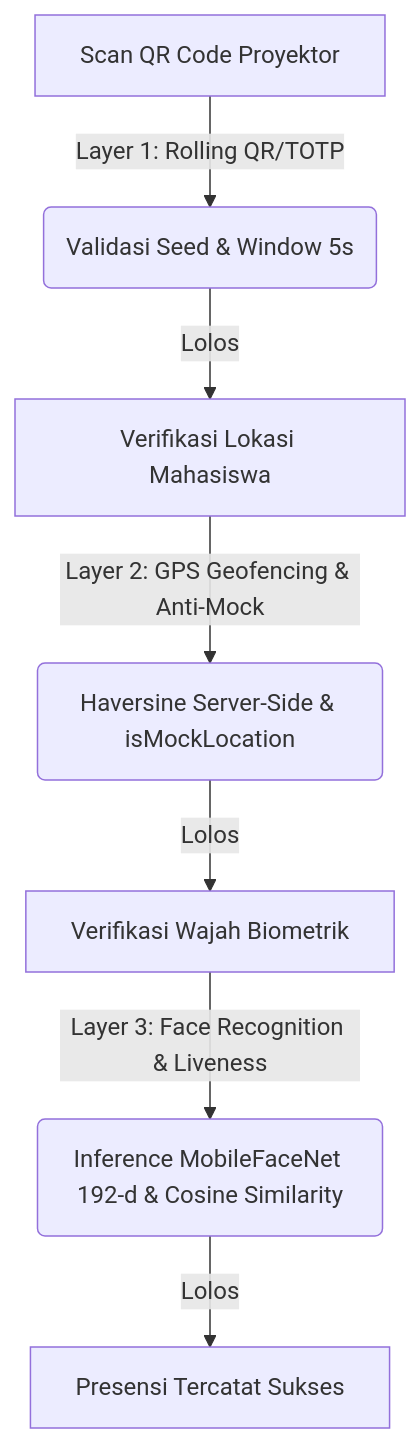
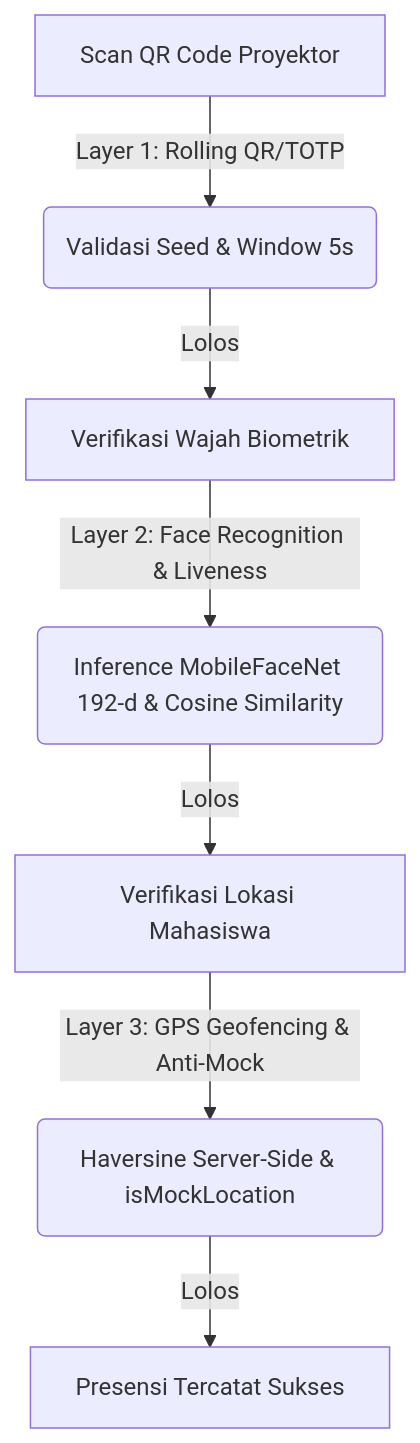
One commit to Tulus04/Projek-PBL-Semester-6 changed the diagram in README.md. Above: the diagram before and after it, drawn with Mermaid. The commit also changed other lines of this file, not shown here.

Commit message:
docs: perbaiki urutan alur verifikasi (QR -> Face -> GPS)

````diff
--- a/README.md
+++ b/README.md
@@ -20,9 +20,9 @@
 ```mermaid
 graph TD
     A[Scan QR Code Proyektor] -->|Layer 1: Rolling QR/TOTP| B(Validasi Seed & Window 5s)
-    B -->|Lolos| C[Verifikasi Lokasi Mahasiswa]
-    C -->|Layer 2: GPS Geofencing & Anti-Mock| D(Haversine Server-Side & isMockLocation)
-    D -->|Lolos| E[Verifikasi Wajah Biometrik]
-    E -->|Layer 3: Face Recognition & Liveness| F(Inference MobileFaceNet 192-d & Cosine Similarity)
+    B -->|Lolos| C[Verifikasi Wajah Biometrik]
+    C -->|Layer 2: Face Recognition & Liveness| D(Inference MobileFaceNet 192-d & Cosine Similarity)
+    D -->|Lolos| E[Verifikasi Lokasi Mahasiswa]
+    E -->|Layer 3: GPS Geofencing & Anti-Mock| F(Haversine Server-Side & isMockLocation)
     F -->|Lolos| G[Presensi Tercatat Sukses]
 ```
````
